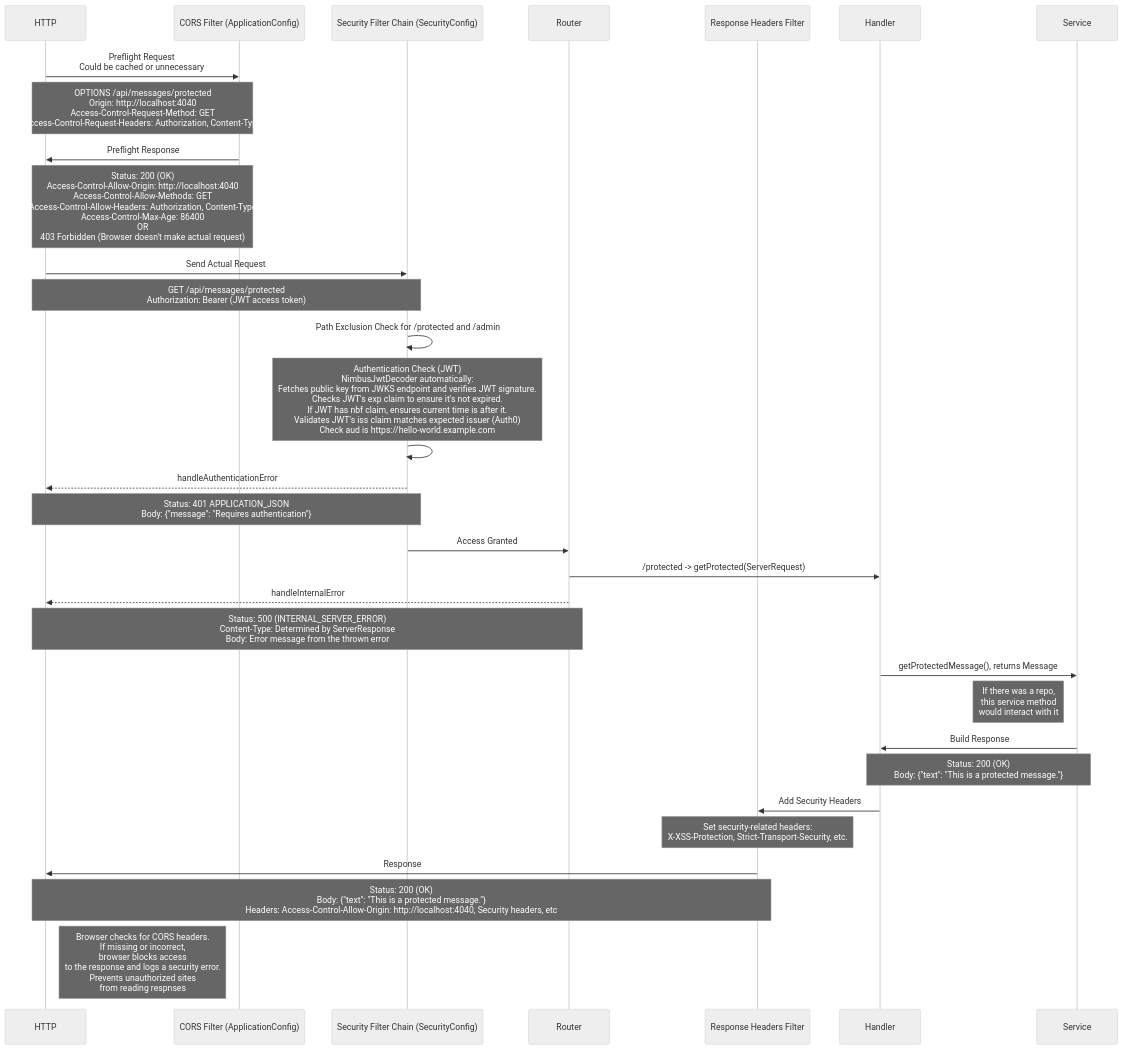
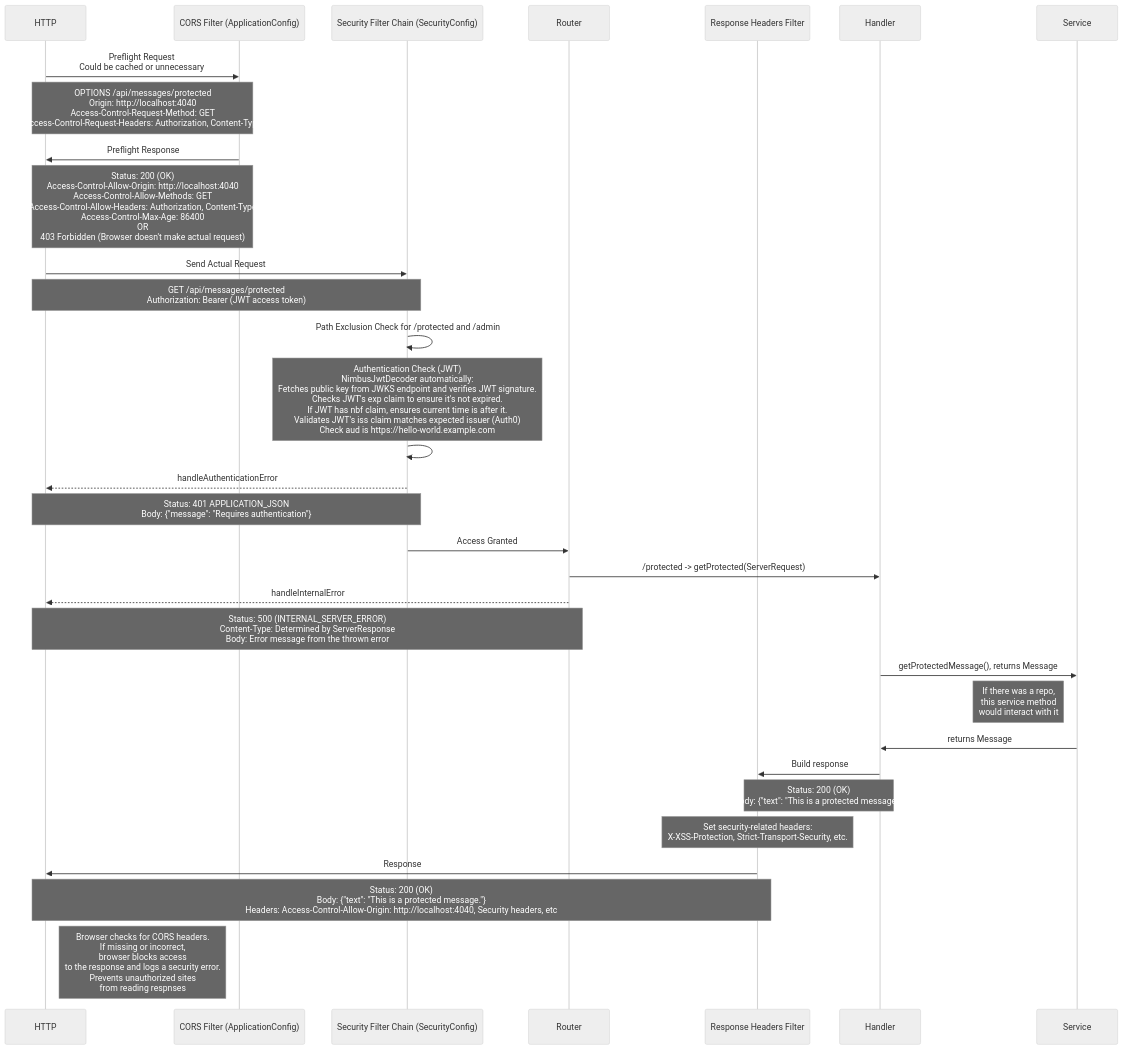
Before and after one commit to aeharriman/notes-on-auth0-java-springboot: the fifth of 5 diagrams in README.md, drawn with Mermaid (neutral theme).

Commit message:
Notes taken

````diff
--- a/README.md
+++ b/README.md
@@ -149,41 +149,42 @@
 ```mermaid
 sequenceDiagram
 
   participant HttpRequest as HTTP
   participant CorsFilter as CORS Filter (ApplicationConfig)
   participant SecurityFilterChain as Security Filter Chain (SecurityConfig)
   participant Router as Router
   participant ResponseHeadersFilter as Response Headers Filter
 
   participant Handler as Handler
   participant Service as Service
 
 
 HttpRequest->>CorsFilter: Preflight Request<br/> Could be cached or unnecessary
   Note over HttpRequest,CorsFilter: OPTIONS /api/messages/protected<br/>Origin: http://localhost:4040<br/>Access-Control-Request-Method: GET<br/>Access-Control-Request-Headers: Authorization, Content-Type
   CorsFilter->>HttpRequest: Preflight Response
   Note over CorsFilter,HttpRequest: Status: 200 (OK)<br/>Access-Control-Allow-Origin: http://localhost:4040<br/>Access-Control-Allow-Methods: GET<br/>Access-Control-Allow-Headers: Authorization, Content-Type<br/>Access-Control-Max-Age: 86400<br/>OR <br/>403 Forbidden (Browser doesn't make actual request)
   HttpRequest->>SecurityFilterChain: Send Actual Request
   Note over HttpRequest,SecurityFilterChain: GET /api/messages/protected<br/>Authorization: Bearer (JWT access token)
   SecurityFilterChain->>SecurityFilterChain: Path Exclusion Check for /protected and /admin
   Note over SecurityFilterChain: Authentication Check (JWT)<br/>NimbusJwtDecoder automatically:<br/>Fetches public key from JWKS endpoint and verifies JWT signature.<br/>Checks JWT's exp claim to ensure it's not expired.<br/>If JWT has nbf claim, ensures current time is after it.<br/>Validates JWT's iss claim matches expected issuer (Auth0)<br/>Check aud is https://hello-world.example.com
   SecurityFilterChain->>SecurityFilterChain: 
   SecurityFilterChain-->>HttpRequest: handleAuthenticationError
   Note over HttpRequest,SecurityFilterChain: Status: 401  APPLICATION_JSON<br/>Body: {"message": "Requires authentication"}
   SecurityFilterChain->>Router: Access Granted
   Router->>Handler: /protected -> getProtected(ServerRequest)
   Router-->>HttpRequest: handleInternalError
   Note over HttpRequest,Router: Status: 500 (INTERNAL_SERVER_ERROR)<br/>Content-Type: Determined by ServerResponse<br/>Body: Error message from the thrown error
 
   Handler->>Service: getProtectedMessage(), returns Message
   Note left of Service: If there was a repo,<br/>this service method<br/>would interact with it
-  Service->>Handler: Build Response
-  Note over Service,Handler: Status: 200 (OK)<br/>Body: {"text": "This is a protected message."}
-Handler->>ResponseHeadersFilter: Add Security Headers
+  Service->>Handler: returns Message
+Handler->>ResponseHeadersFilter: Build response
+Note over Handler, ResponseHeadersFilter: Status: 200 (OK)<br/>Body: {"text": "This is a protected message."}
+
 Note over ResponseHeadersFilter: Set security-related headers: <br/>X-XSS-Protection, Strict-Transport-Security, etc.
 ResponseHeadersFilter->>HttpRequest: Response
 Note over HttpRequest, ResponseHeadersFilter: Status: 200 (OK)<br/>Body: {"text": "This is a protected message."}<br/>Headers: Access-Control-Allow-Origin: http://localhost:4040, Security headers, etc
 
 Note right of HttpRequest: Browser checks for CORS headers.<br/> If missing or incorrect,<br/> browser blocks access<br/> to the response and logs a security error.<br/>Prevents unauthorized sites<br/> from reading respnses
 
 ```
````
